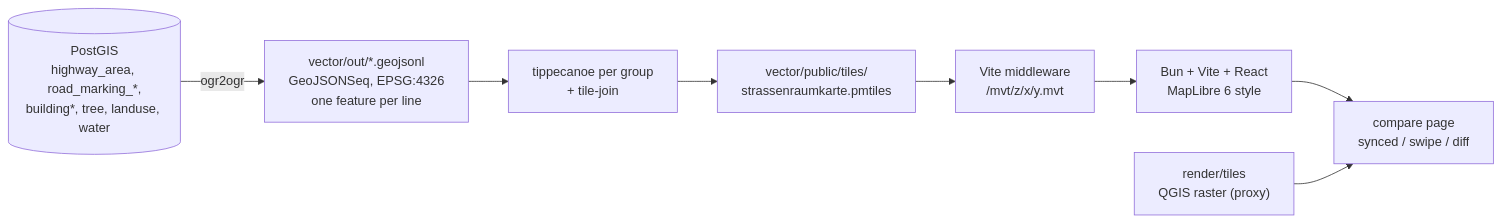
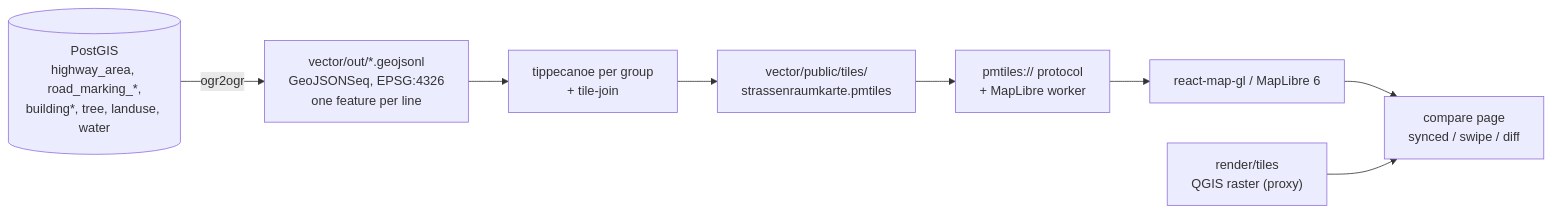
Before and after one commit to osmberlin/strassenraumkarte: the diagram in .cursor/plans/maplibre_vector_output_channel_301665ec.plan.md, drawn with Mermaid. The commit also changed other lines of this file and 10 other files, not shown here.

First line of the commit message:
Vector: use MapLibre 6 Vite worker URL and react-map-gl

````diff
--- a/.cursor/plans/maplibre_vector_output_channel_301665ec.plan.md
+++ b/.cursor/plans/maplibre_vector_output_channel_301665ec.plan.md
@@ -57,13 +57,13 @@
 ```mermaid
 flowchart LR
   PG[("PostGIS\nhighway_area, road_marking_*,\nbuilding*, tree, landuse, water")]
   GJ["vector/out/*.geojsonl\nGeoJSONSeq, EPSG:4326\none feature per line"]
   TC["tippecanoe per group\n+ tile-join"]
   PM["vector/public/tiles/\nstrassenraumkarte.pmtiles"]
-  MVT["Vite middleware\n/mvt/z/x/y.mvt"]
-  APP["Bun + Vite + React\nMapLibre 6 style"]
+  MVT["pmtiles:// protocol\n+ MapLibre worker"]
+  APP["react-map-gl / MapLibre 6"]
   RAS["render/tiles\nQGIS raster (proxy)"]
   CMP["compare page\nsynced / swipe / diff"]
   PG -->|ogr2ogr| GJ --> TC --> PM --> MVT --> APP --> CMP
   RAS --> CMP
 ```
````
